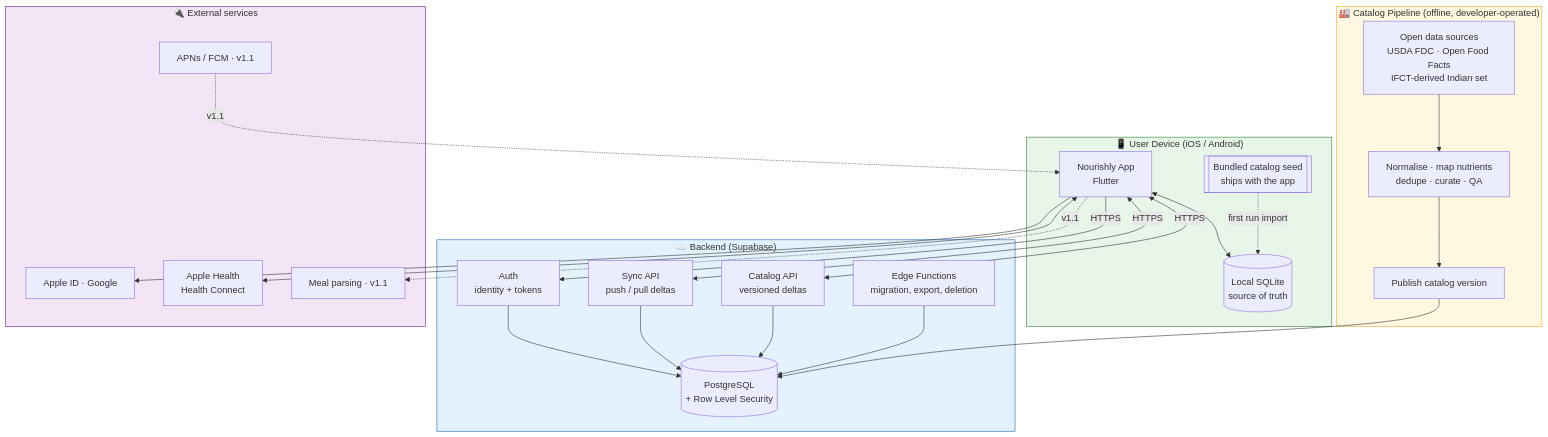
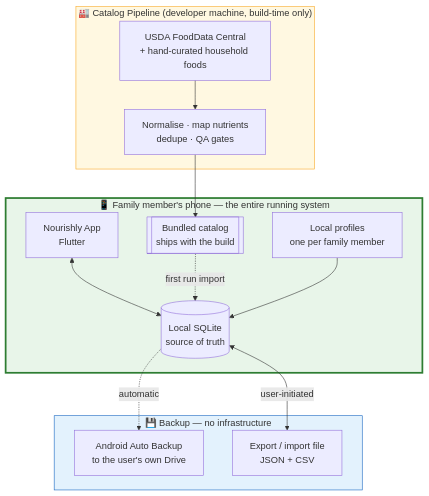
Before and after one commit to patel-keyur-18/nourishly: the first of 5 diagrams in docs/architecture/03-system-architecture.md, drawn with Mermaid. The commit also changed other lines of this file and 10 other files, not shown here.

First line of the commit message:
docs(architecture): revise to v0.3 for personal-use scope

````diff
--- a/docs/architecture/03-system-architecture.md
+++ b/docs/architecture/03-system-architecture.md
@@ -26,49 +26,30 @@
 ```mermaid
 graph TB
-    subgraph Device["📱 User Device (iOS / Android)"]
+    subgraph Device["📱 Family member's phone — the entire running system"]
         APP["Nourishly App<br/>Flutter"]
         DB[("Local SQLite<br/>source of truth")]
-        SEED[["Bundled catalog seed<br/>ships with the app"]]
+        SEED[["Bundled catalog<br/>ships with the build"]]
+        PROF["Local profiles<br/>one per family member"]
         APP <--> DB
         SEED -.->|first run import| DB
+        PROF --> DB
     end
 
-    subgraph Backend["☁️ Backend (Supabase)"]
-        AUTH["Auth<br/>identity + tokens"]
-        SYNCAPI["Sync API<br/>push / pull deltas"]
-        CATAPI["Catalog API<br/>versioned deltas"]
-        PG[("PostgreSQL<br/>+ Row Level Security")]
-        FN["Edge Functions<br/>migration, export, deletion"]
-        AUTH --> PG
-        SYNCAPI --> PG
-        CATAPI --> PG
-        FN --> PG
+    subgraph Backup["💾 Backup — no infrastructure"]
+        AUTO["Android Auto Backup<br/>to the user's own Drive"]
+        FILE["Export / import file<br/>JSON + CSV"]
     end
 
-    subgraph Pipeline["🏭 Catalog Pipeline (offline, developer-operated)"]
-        SRC["Open data sources<br/>USDA FDC · Open Food Facts<br/>IFCT-derived Indian set"]
-        ETL["Normalise · map nutrients<br/>dedupe · curate · QA"]
-        PUB["Publish catalog version"]
-        SRC --> ETL --> PUB --> PG
+    subgraph Pipeline["🏭 Catalog Pipeline (developer machine, build-time only)"]
+        SRC["USDA FoodData Central<br/>+ hand-curated household foods"]
+        ETL["Normalise · map nutrients<br/>dedupe · QA gates"]
+        SRC --> ETL --> SEED
     end
 
-    subgraph Ext["🔌 External services"]
-        IDP["Apple ID · Google"]
-        HEALTH["Apple Health<br/>Health Connect"]
-        PUSH["APNs / FCM · v1.1"]
-        AI["Meal parsing · v1.1"]
-    end
+    DB -.->|"automatic"| AUTO
+    DB <-->|"user-initiated"| FILE
 
-    APP -->|"HTTPS"| AUTH
-    APP <-->|"HTTPS"| SYNCAPI
-    APP <-->|"HTTPS"| CATAPI
-    APP --> IDP
-    APP <--> HEALTH
-    PUSH -.->|"v1.1"| APP
-    APP -.->|"v1.1"| AI
-
-    style Device fill:#e8f5e9,stroke:#2e7d32
-    style Backend fill:#e3f2fd,stroke:#1565c0
+    style Device fill:#e8f5e9,stroke:#2e7d32,stroke-width:3px
+    style Backup fill:#e3f2fd,stroke:#1565c0
     style Pipeline fill:#fff8e1,stroke:#f9a825
-    style Ext fill:#f3e5f5,stroke:#6a1b9a
 ```
````
